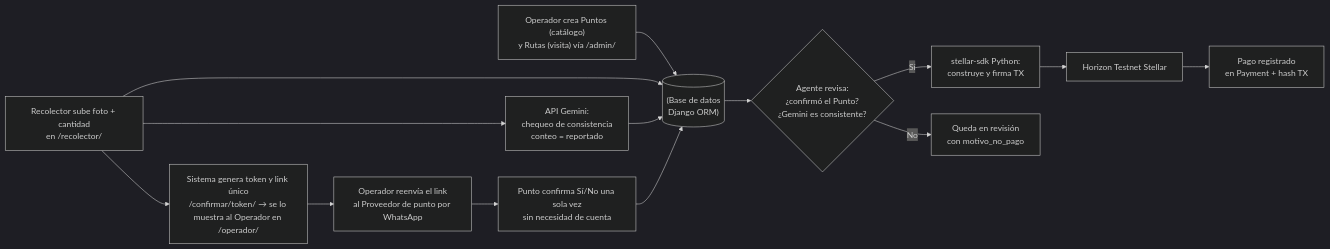
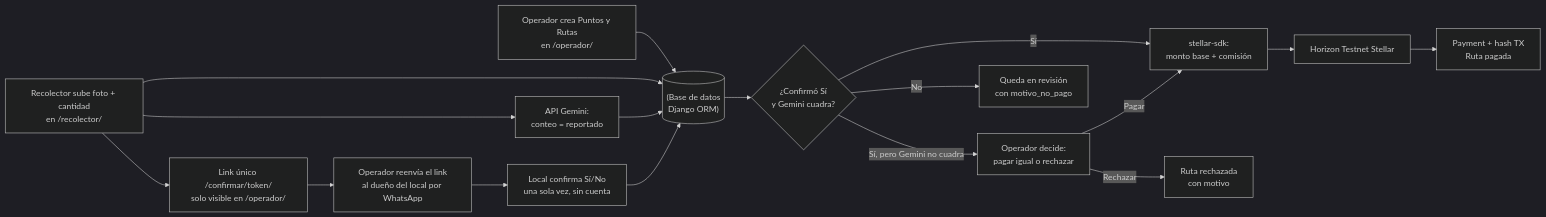
The diagram in README.md (luislinodev/AgenteKipu), drawn with Mermaid (dark theme) before and after one commit. The commit also changed other lines of this file and 6 other files, not shown here.

````diff
--- a/README.md
+++ b/README.md
@@ -27,16 +29,19 @@
 ```mermaid
 flowchart LR
-    A["Operador crea Puntos (catálogo)<br/>y Rutas (visita) vía /admin/"] --> B[("(Base de datos<br/>Django ORM)")]
+    A["Operador crea Puntos y Rutas<br/>en /operador/"] --> B[("(Base de datos<br/>Django ORM)")]
     C["Recolector sube foto + cantidad<br/>en /recolector/"] --> B
-    C --> D["API Gemini:<br/>chequeo de consistencia<br/>conteo = reportado"]
+    C --> D["API Gemini:<br/>conteo = reportado"]
     D --> B
-    C --> E["Sistema genera token y link único<br/>/confirmar/token/ → se lo muestra al Operador en /operador/"]
-    E --> F["Operador reenvía el link<br/>al Proveedor de punto por WhatsApp"]
-    F --> G["Punto confirma Sí/No una sola vez<br/>sin necesidad de cuenta"]
+    C --> E["Link único /confirmar/token/<br/>solo visible en /operador/"]
+    E --> F["Operador reenvía el link<br/>al dueño del local por WhatsApp"]
+    F --> G["Local confirma Sí/No<br/>una sola vez, sin cuenta"]
     G --> B
-    B --> H{"Agente revisa:<br/>¿confirmó el Punto?<br/>¿Gemini es consistente?"}
-    H -- Sí --> I["stellar-sdk Python:<br/>construye y firma TX"]
+    B --> H{"¿Confirmó Sí<br/>y Gemini cuadra?"}
+    H -- Sí --> I["stellar-sdk:<br/>monto base + comisión"]
     I --> J["Horizon Testnet Stellar"]
-    J --> K["Pago registrado<br/>en Payment + hash TX"]
+    J --> K["Payment + hash TX<br/>Ruta pagada"]
+    H -- "Sí, pero Gemini no cuadra" --> M["Operador decide:<br/>pagar igual o rechazar"]
+    M -- Pagar --> I
+    M -- Rechazar --> N["Ruta rechazada<br/>con motivo"]
     H -- No --> L["Queda en revisión<br/>con motivo_no_pago"]
 ```
````
